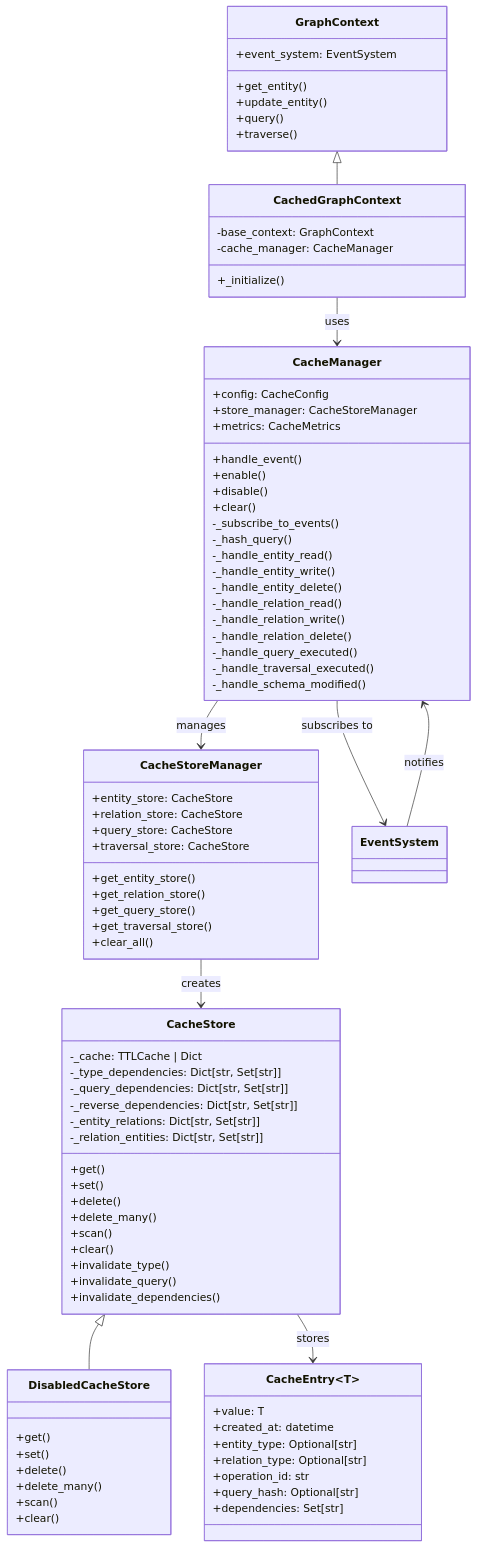
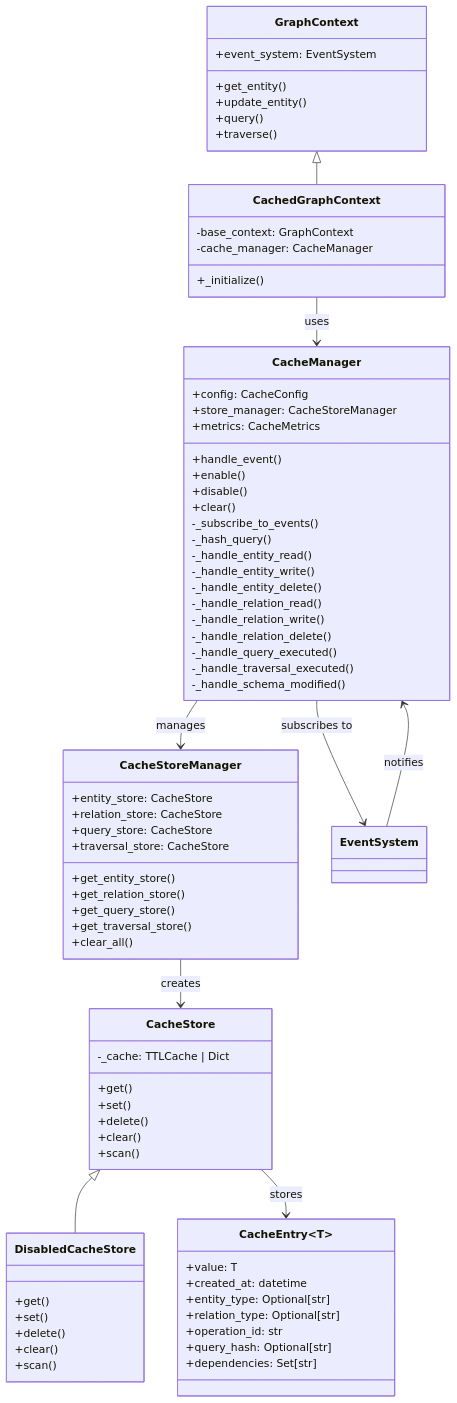
Before and after one commit to beanone/graph-context: the first of 13 diagrams in docs/caching-design.md, drawn with Mermaid. The commit also changed other lines of this file, not shown here.

```diff
--- a/docs/caching-design.md
+++ b/docs/caching-design.md
@@ -59,29 +59,19 @@
 
     class CacheStore {
         -_cache: TTLCache | Dict
-        -_type_dependencies: Dict[str, Set[str]]
-        -_query_dependencies: Dict[str, Set[str]]
-        -_reverse_dependencies: Dict[str, Set[str]]
-        -_entity_relations: Dict[str, Set[str]]
-        -_relation_entities: Dict[str, Set[str]]
         +get()
         +set()
         +delete()
-        +delete_many()
+        +clear()
         +scan()
-        +clear()
-        +invalidate_type()
-        +invalidate_query()
-        +invalidate_dependencies()
     }
 
     class DisabledCacheStore {
         +get()
         +set()
         +delete()
-        +delete_many()
+        +clear()
         +scan()
-        +clear()
     }
 
     class CacheEntry~T~ {
```
